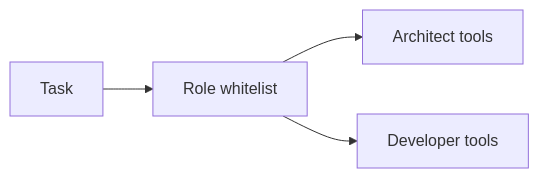
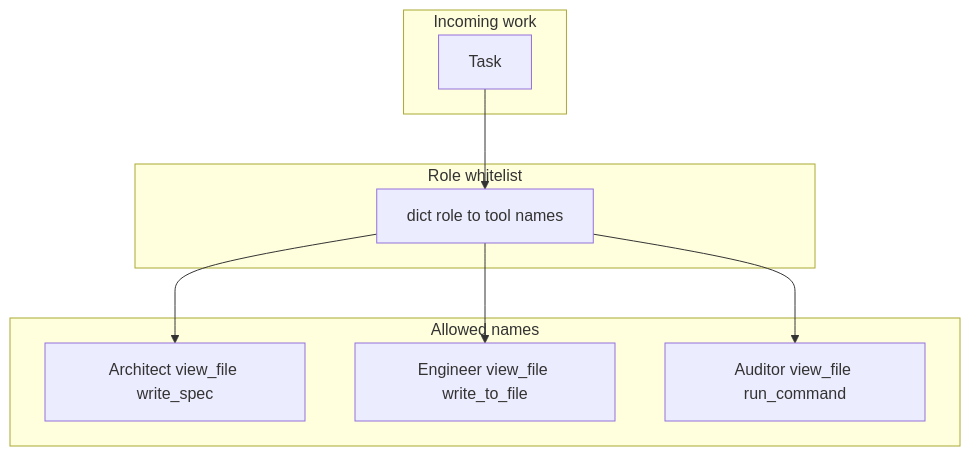
The diagram in education/08_two_agents/02_specialized_roles.md (jacobbweber/AgenticAI-Labs), drawn with Mermaid before and after one commit. The commit also changed other lines of this file, not shown here.

Commit message:
Align 08 specialized roles module to the teaching template.

````diff
--- a/education/08_two_agents/02_specialized_roles.md
+++ b/education/08_two_agents/02_specialized_roles.md
@@ -26,6 +44,18 @@
 ```mermaid
-flowchart LR
-    T["Task"] --> R["Role whitelist"]
-    R --> A["Architect tools"]
-    R --> D["Developer tools"]
+flowchart TD
+    subgraph roles_task [Incoming work]
+        T["Task"]
+    end
+    subgraph roles_grant [Role whitelist]
+        MAP["dict role to tool names"]
+    end
+    subgraph roles_tools [Allowed names]
+        A["Architect view_file write_spec"]
+        E["Engineer view_file write_to_file"]
+        U["Auditor view_file run_command"]
+    end
+    T --> MAP
+    MAP --> A
+    MAP --> E
+    MAP --> U
 ```
````
